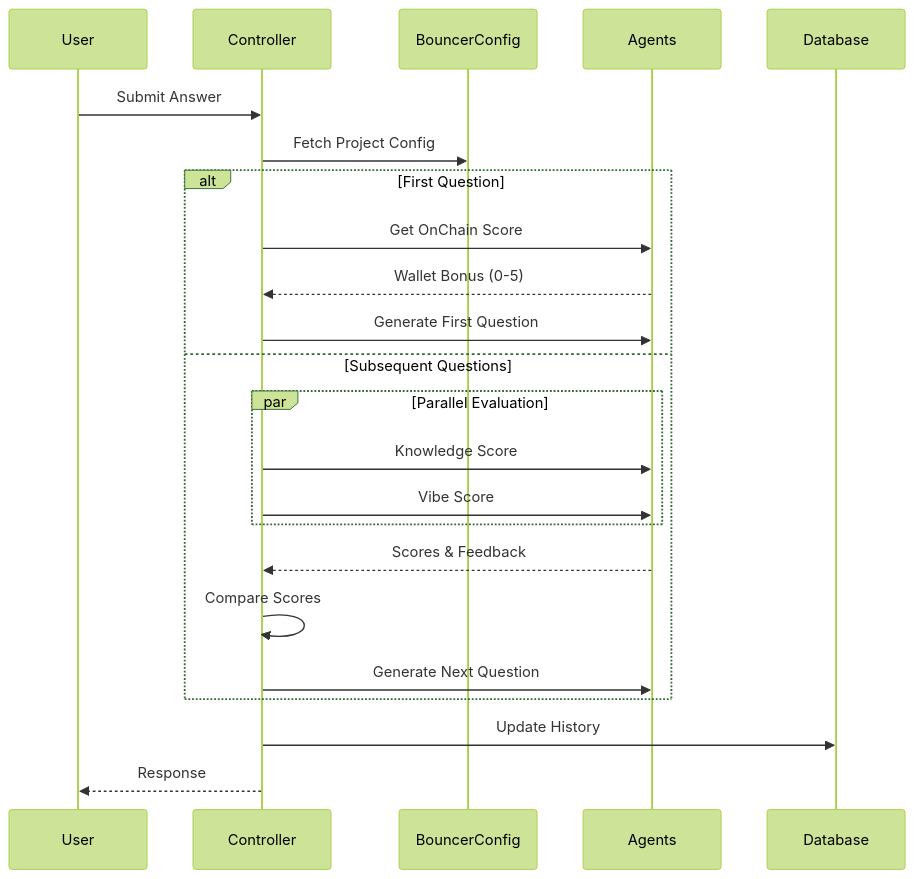
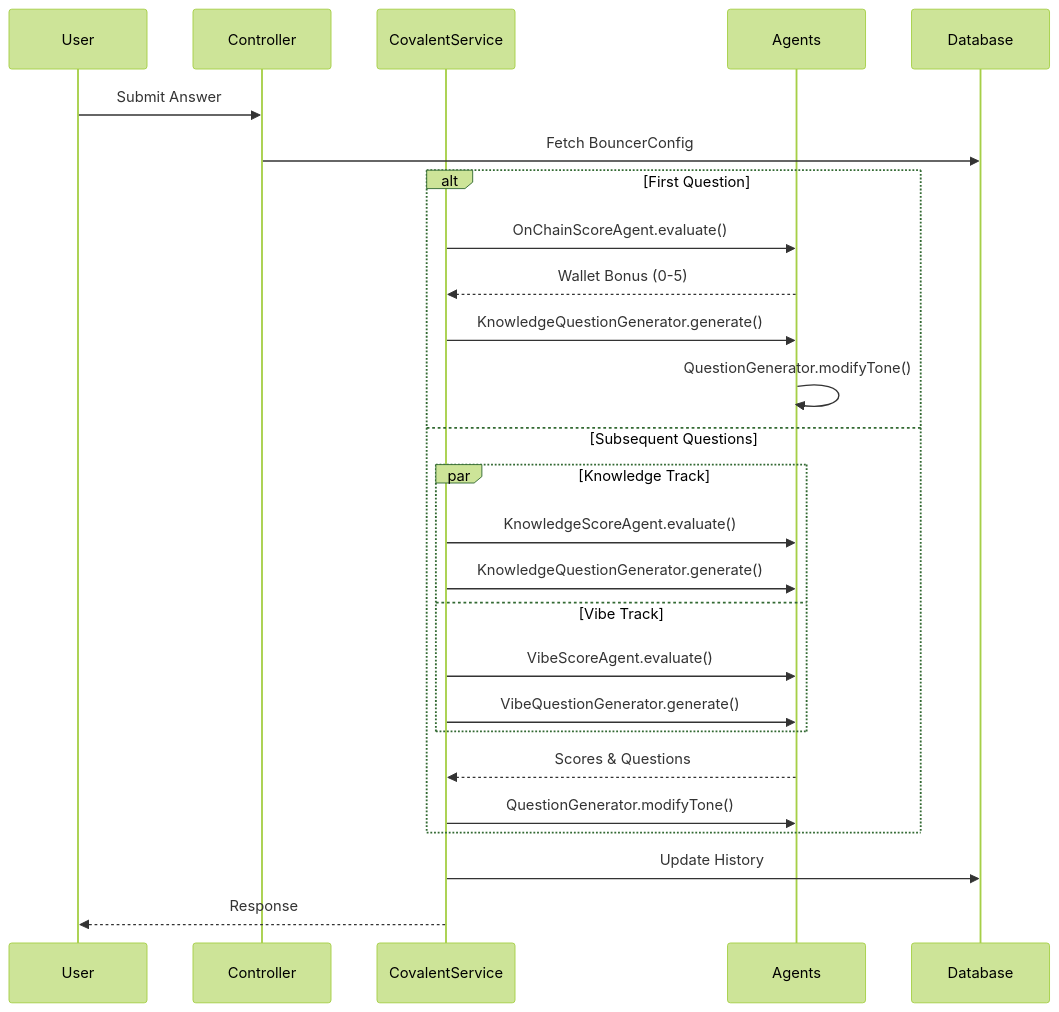
The second of 2 diagrams in README.md (GiantDole/ethglobal_agent), drawn with Mermaid (forest theme) before and after one commit. The commit also changed other lines of this file, not shown here.

````diff
--- a/README.md
+++ b/README.md
@@ -298,28 +233,31 @@
 ```mermaid
 sequenceDiagram
     participant User
     participant Controller
-    participant BouncerConfig
+    participant CovalentService
     participant Agents
     participant Database
 
     User->>Controller: Submit Answer
-    Controller->>BouncerConfig: Fetch Project Config
+    Controller->>Database: Fetch BouncerConfig
 
     alt First Question
-        Controller->>Agents: Get OnChain Score
-        Agents-->>Controller: Wallet Bonus (0-5)
-        Controller->>Agents: Generate First Question
+        CovalentService->>Agents: OnChainScoreAgent.evaluate()
+        Agents-->>CovalentService: Wallet Bonus (0-5)
+        CovalentService->>Agents: KnowledgeQuestionGenerator.generate()
+        Agents->>Agents: QuestionGenerator.modifyTone()
     else Subsequent Questions
-        par Parallel Evaluation
-            Controller->>Agents: Knowledge Score
-            Controller->>Agents: Vibe Score
+        par Knowledge Track
+            CovalentService->>Agents: KnowledgeScoreAgent.evaluate()
+            CovalentService->>Agents: KnowledgeQuestionGenerator.generate()
+        and Vibe Track
+            CovalentService->>Agents: VibeScoreAgent.evaluate()
+            CovalentService->>Agents: VibeQuestionGenerator.generate()
         end
-        Agents-->>Controller: Scores & Feedback
-        Controller->>Controller: Compare Scores
-        Controller->>Agents: Generate Next Question
+        Agents-->>CovalentService: Scores & Questions
+        CovalentService->>Agents: QuestionGenerator.modifyTone()
     end
 
-    Controller->>Database: Update History
-    Controller-->>User: Response
+    CovalentService->>Database: Update History
+    CovalentService-->>User: Response
 ```
````
